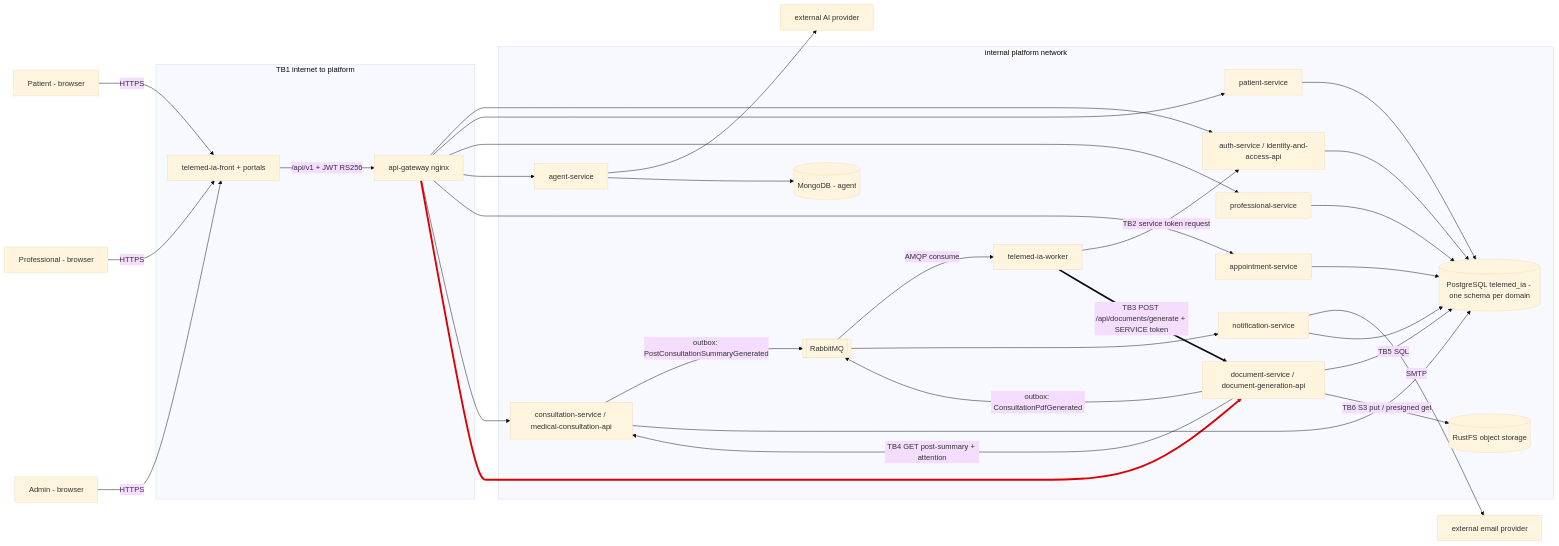
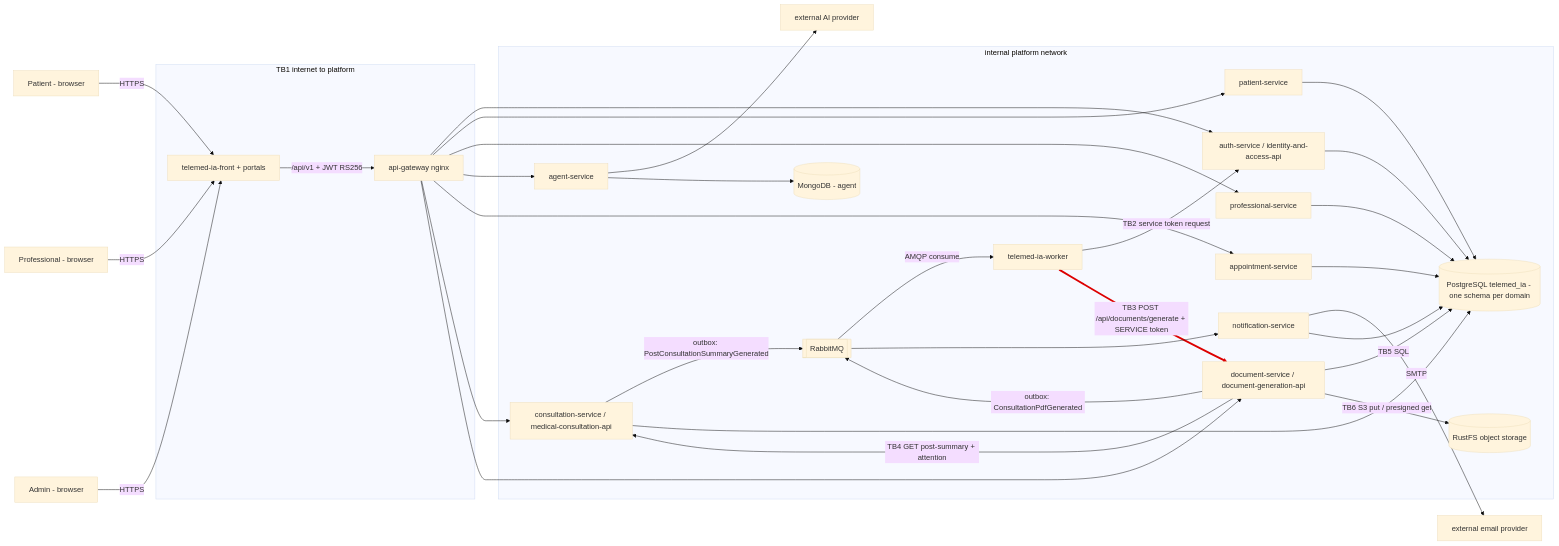
The diagram in 13-week/workshop/01-attack-surface.md (Sofialjure/sistemas-distribuidos-2026-b-g2), drawn with Mermaid (base theme) before and after one commit. The commit also changed 1 other file, not shown here.

Commit message:
docs(w13): link security backlog stories

````diff
--- a/13-week/workshop/01-attack-surface.md
+++ b/13-week/workshop/01-attack-surface.md
@@ -8,44 +8,44 @@
 ```mermaid
 flowchart LR
   P[Patient - browser]
   PR[Professional - browser]
   AD[Admin - browser]
   subgraph TB1 [TB1 internet to platform]
     FE[telemed-ia-front + portals]
     GW[api-gateway nginx]
   end
   subgraph INT [internal platform network]
     AUTH[auth-service / identity-and-access-api]
     PAT[patient-service]
     PRO[professional-service]
     AGT[agent-service]
     APP[appointment-service]
     CON[consultation-service / medical-consultation-api]
     NOT[notification-service]
     DOC[document-service / document-generation-api]
     WRK[telemed-ia-worker]
     MQ[[RabbitMQ]]
     PG[(PostgreSQL telemed_ia - one schema per domain)]
     MG[(MongoDB - agent)]
     S3[(RustFS object storage)]
   end
   AI[external AI provider]
   MAIL[external email provider]
 
   P & PR & AD -->|HTTPS| FE -->|/api/v1 + JWT RS256| GW
   GW --> AUTH & PAT & PRO & AGT & APP & CON & DOC
   CON -->|outbox: PostConsultationSummaryGenerated| MQ
   MQ -->|AMQP consume| WRK
   WRK -->|TB2 service token request| AUTH
   WRK ==>|TB3 POST /api/documents/generate + SERVICE token| DOC
   DOC -->|TB4 GET post-summary + attention| CON
   DOC -->|TB5 SQL| PG
   DOC -->|TB6 S3 put / presigned get| S3
   DOC -->|outbox: ConsultationPdfGenerated| MQ
   MQ --> NOT -->|SMTP| MAIL
   AGT --> AI
   AGT --> MG
   AUTH & PAT & PRO & APP & CON & NOT --> PG
 
-  linkStyle 10 stroke:#d00,stroke-width:4px
+  linkStyle 14 stroke:#d00,stroke-width:4px
 ```
````
